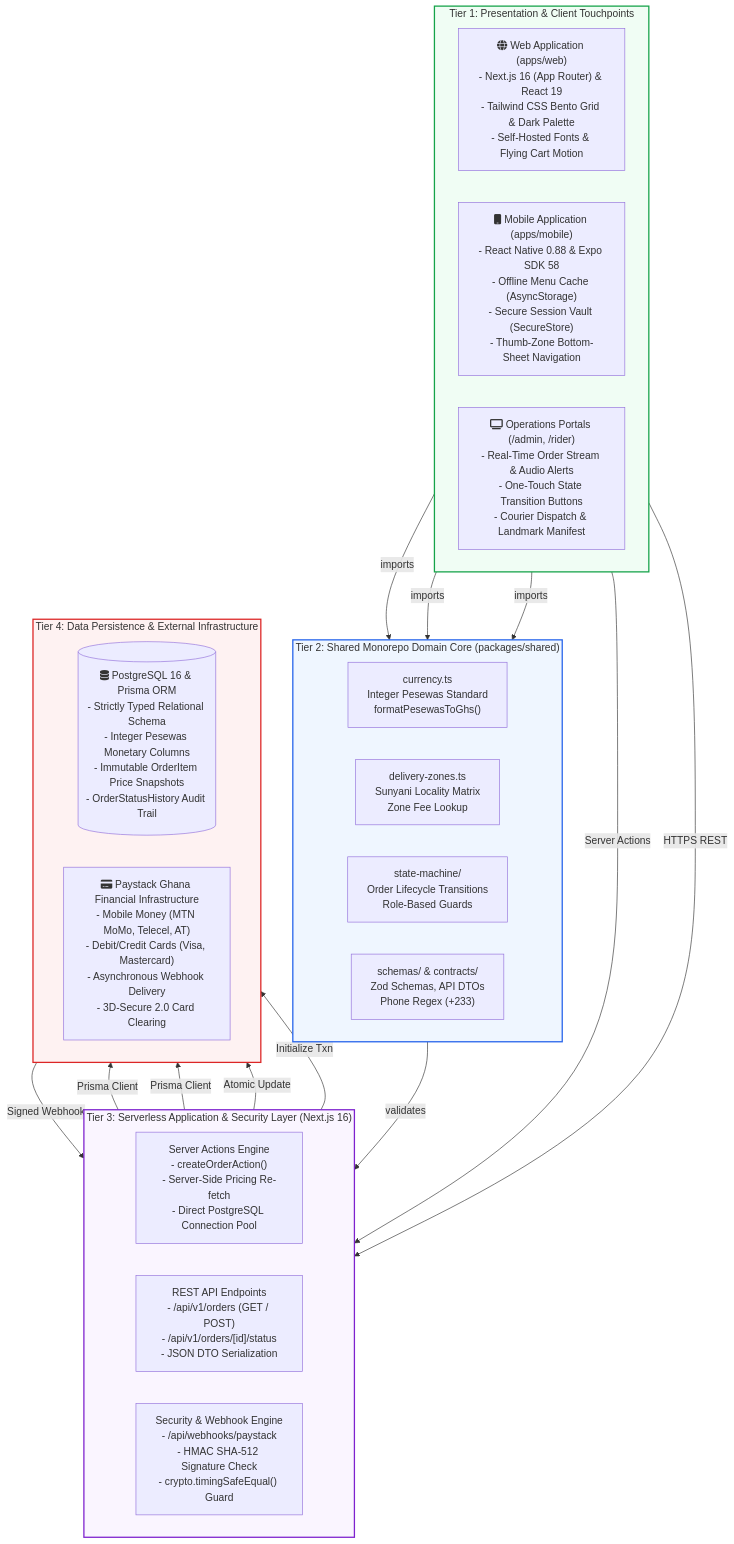
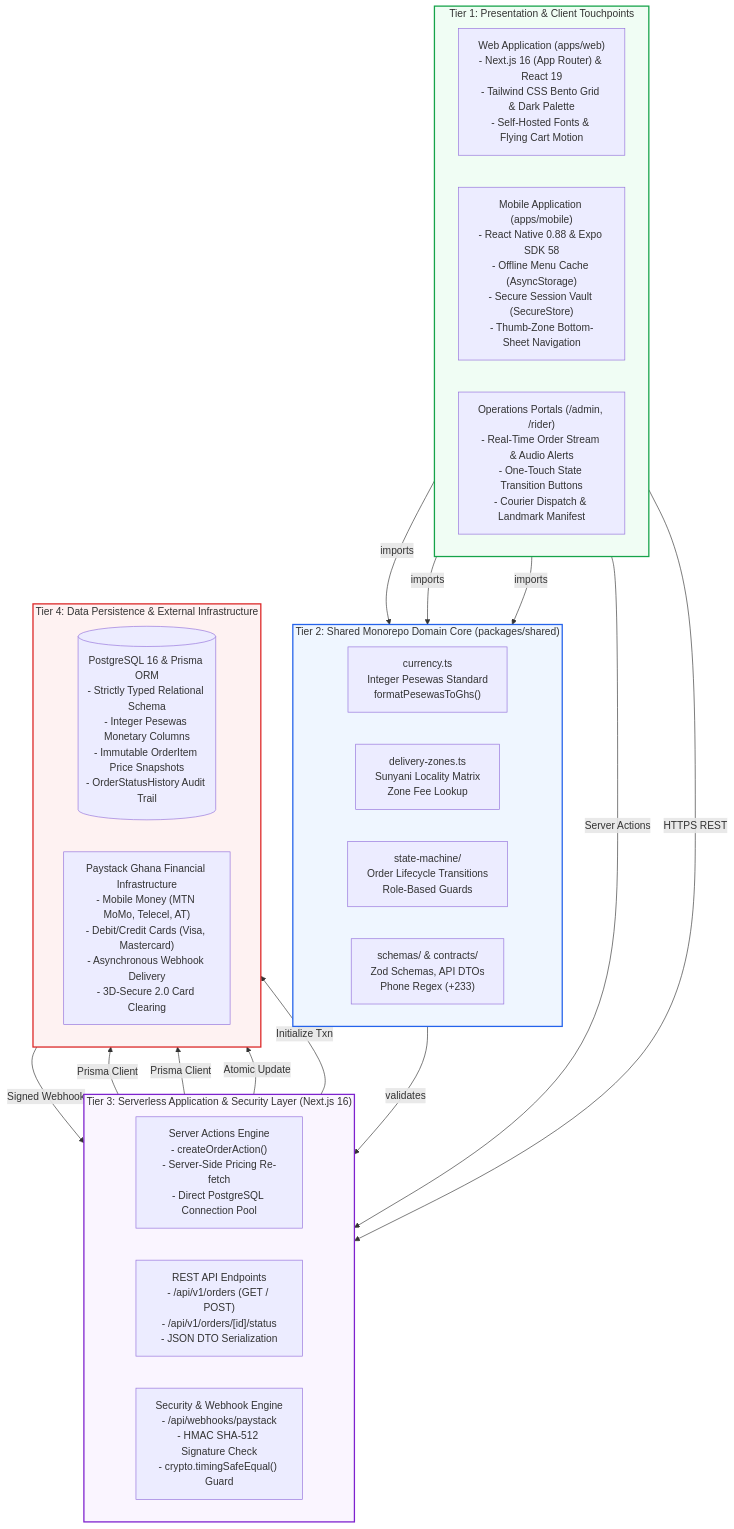
The seventh of 8 diagrams in docs/CHAPTER_THREE.md (heisclm/Sika-Cuisine), drawn with Mermaid before and after one commit. The commit also changed other lines of this file and 215 other files, not shown here.

First line of the commit message:
feat(database): initialize database schema with user, menu, order, and notification tables

````diff
--- a/docs/CHAPTER_THREE.md
+++ b/docs/CHAPTER_THREE.md
@@ -650,50 +650,50 @@
 ```mermaid
 flowchart TD
     subgraph TIER1 ["Tier 1: Presentation & Client Touchpoints"]
         direction LR
-        WEB["fa:fa-globe Web Application (apps/web)<br/>- Next.js 16 (App Router) & React 19<br/>- Tailwind CSS Bento Grid & Dark Palette<br/>- Self-Hosted Fonts & Flying Cart Motion"]
-        MOB["fa:fa-mobile Mobile Application (apps/mobile)<br/>- React Native 0.88 & Expo SDK 58<br/>- Offline Menu Cache (AsyncStorage)<br/>- Secure Session Vault (SecureStore)<br/>- Thumb-Zone Bottom-Sheet Navigation"]
-        OPS["fa:fa-tv Operations Portals (/admin, /rider)<br/>- Real-Time Order Stream & Audio Alerts<br/>- One-Touch State Transition Buttons<br/>- Courier Dispatch & Landmark Manifest"]
+        WEB["Web Application (apps/web)<br/>- Next.js 16 (App Router) & React 19<br/>- Tailwind CSS Bento Grid & Dark Palette<br/>- Self-Hosted Fonts & Flying Cart Motion"]
+        MOB["Mobile Application (apps/mobile)<br/>- React Native 0.88 & Expo SDK 58<br/>- Offline Menu Cache (AsyncStorage)<br/>- Secure Session Vault (SecureStore)<br/>- Thumb-Zone Bottom-Sheet Navigation"]
+        OPS["Operations Portals (/admin, /rider)<br/>- Real-Time Order Stream & Audio Alerts<br/>- One-Touch State Transition Buttons<br/>- Courier Dispatch & Landmark Manifest"]
     end
 
     subgraph TIER2 ["Tier 2: Shared Monorepo Domain Core (packages/shared)"]
         direction LR
         CURR["currency.ts<br/>Integer Pesewas Standard<br/>formatPesewasToGhs()"]
         ZONE["delivery-zones.ts<br/>Sunyani Locality Matrix<br/>Zone Fee Lookup"]
         FSM["state-machine/<br/>Order Lifecycle Transitions<br/>Role-Based Guards"]
         SCHM["schemas/ & contracts/<br/>Zod Schemas, API DTOs<br/>Phone Regex (+233)"]
     end
 
     subgraph TIER3 ["Tier 3: Serverless Application & Security Layer (Next.js 16)"]
         direction LR
         SA["Server Actions Engine<br/>- createOrderAction()<br/>- Server-Side Pricing Re-fetch<br/>- Direct PostgreSQL Connection Pool"]
         API["REST API Endpoints<br/>- /api/v1/orders (GET / POST)<br/>- /api/v1/orders/[id]/status<br/>- JSON DTO Serialization"]
         SEC["Security & Webhook Engine<br/>- /api/webhooks/paystack<br/>- HMAC SHA-512 Signature Check<br/>- crypto.timingSafeEqual() Guard"]
     end
 
     subgraph TIER4 ["Tier 4: Data Persistence & External Infrastructure"]
         direction LR
-        DB[("fa:fa-database PostgreSQL 16 & Prisma ORM<br/>- Strictly Typed Relational Schema<br/>- Integer Pesewas Monetary Columns<br/>- Immutable OrderItem Price Snapshots<br/>- OrderStatusHistory Audit Trail")]
-        PAY["fa:fa-credit-card Paystack Ghana Financial Infrastructure<br/>- Mobile Money (MTN MoMo, Telecel, AT)<br/>- Debit/Credit Cards (Visa, Mastercard)<br/>- Asynchronous Webhook Delivery<br/>- 3D-Secure 2.0 Card Clearing"]
+        DB[("PostgreSQL 16 & Prisma ORM<br/>- Strictly Typed Relational Schema<br/>- Integer Pesewas Monetary Columns<br/>- Immutable OrderItem Price Snapshots<br/>- OrderStatusHistory Audit Trail")]
+        PAY["Paystack Ghana Financial Infrastructure<br/>- Mobile Money (MTN MoMo, Telecel, AT)<br/>- Debit/Credit Cards (Visa, Mastercard)<br/>- Asynchronous Webhook Delivery<br/>- 3D-Secure 2.0 Card Clearing"]
     end
 
     %% Cross-Tier Connectors
     WEB -->|"imports"| TIER2
     MOB -->|"imports"| TIER2
     OPS -->|"imports"| TIER2
 
     TIER2 -->|"validates"| TIER3
     WEB -->|"Server Actions"| SA
     MOB -->|"HTTPS REST"| API
 
     SA -->|"Prisma Client"| DB
     API -->|"Prisma Client"| DB
     SEC -->|"Atomic Update"| DB
     SA -->|"Initialize Txn"| PAY
     PAY -->|"Signed Webhook"| SEC
 
     style TIER1 fill:#F0FDF4,stroke:#16A34A,stroke-width:2px
     style TIER2 fill:#EFF6FF,stroke:#2563EB,stroke-width:2px
     style TIER3 fill:#FAF5FF,stroke:#7E22CE,stroke-width:2px
     style TIER4 fill:#FEF2F2,stroke:#DC2626,stroke-width:2px
 ```
````
